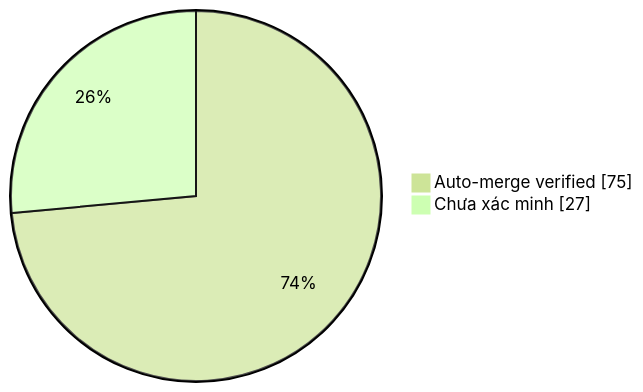
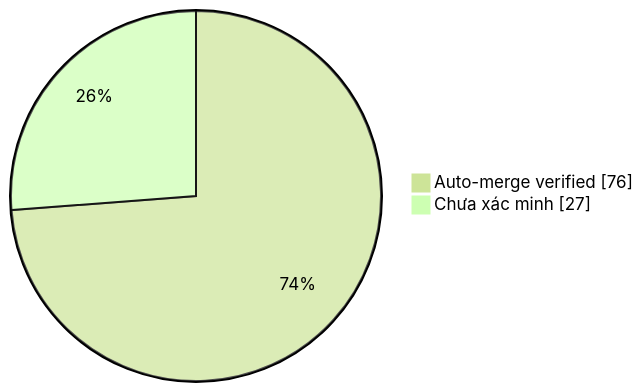
One commit to duykhang68/tetdinhmuiblog changed the diagram in collector.md. Above: the diagram before and after it, drawn with Mermaid (forest theme). The commit also changed other lines of this file and 1 other file, not shown here.

Commit message:
docs(collector): update auto-merge evidence dashboard

````diff
--- a/collector.md
+++ b/collector.md
@@ -22,5 +22,5 @@
 ```mermaid
 pie showData
-    "Auto-merge verified" : 75
+    "Auto-merge verified" : 76
     "Chưa xác minh" : 27
 ```
````
